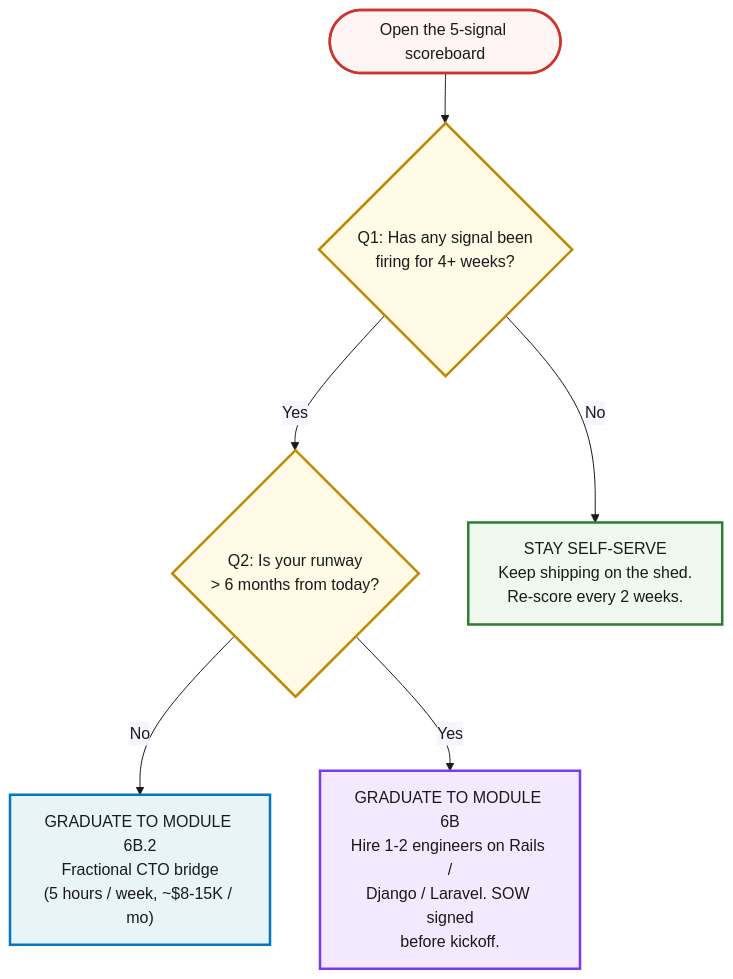
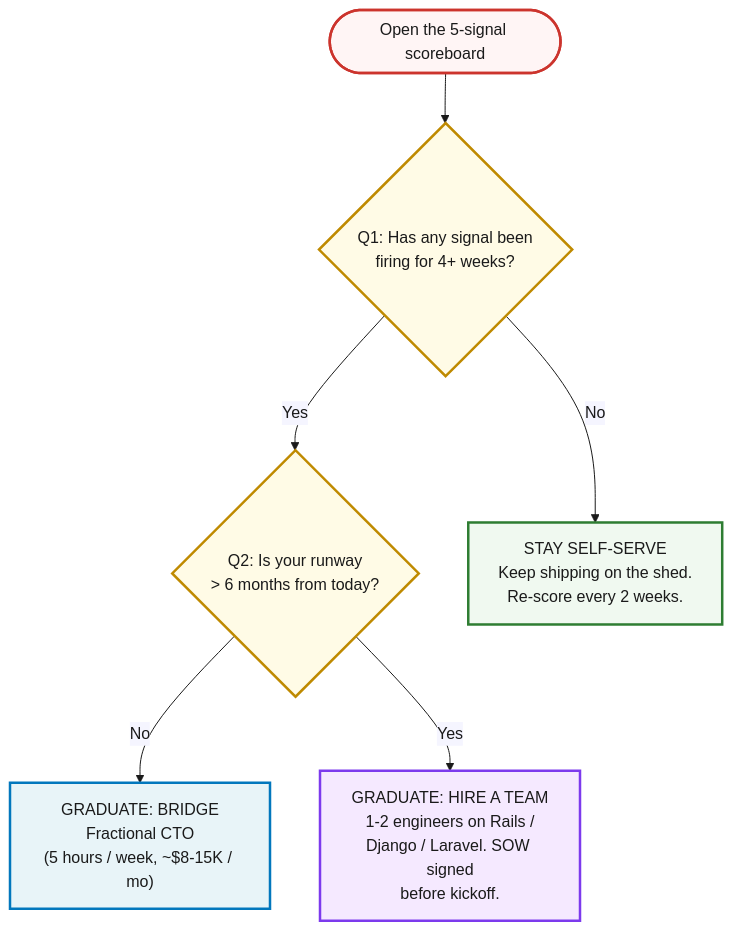
The diagram in content/blog/vibe-coding-ceiling-signals/index.md (jetthoughts/jetthoughts.github.io), drawn with Mermaid before and after one commit. The commit also changed other lines of this file and 110 other files, not shown here.

````diff
--- a/content/blog/vibe-coding-ceiling-signals/index.md
+++ b/content/blog/vibe-coding-ceiling-signals/index.md
@@ -108,27 +111,27 @@
 ```mermaid
 %%{init: {'theme':'base', 'themeVariables': {'fontFamily':'Caveat, Patrick Hand, cursive', 'primaryColor':'#fff5f5', 'primaryBorderColor':'#cc342d', 'lineColor':'#1a1a1a', 'primaryTextColor':'#1a1a1a'}}}%%
 flowchart TD
     Start(["Open the 5-signal scoreboard"])
     Q1{"Q1: Has any signal been<br/>firing for 4+ weeks?"}
     Q2{"Q2: Is your runway<br/>&gt; 6 months from today?"}
     Stay["STAY SELF-SERVE<br/>Keep shipping on the shed.<br/>Re-score every 2 weeks."]
-    Bridge["GRADUATE TO MODULE 6B.2<br/>Fractional CTO bridge<br/>(5 hours / week, ~$8-15K / mo)"]
-    Hire["GRADUATE TO MODULE 6B<br/>Hire 1-2 engineers on Rails /<br/>Django / Laravel. SOW signed<br/>before kickoff."]
+    Bridge["GRADUATE: BRIDGE<br/>Fractional CTO<br/>(5 hours / week, ~$8-15K / mo)"]
+    Hire["GRADUATE: HIRE A TEAM<br/>1-2 engineers on Rails /<br/>Django / Laravel. SOW signed<br/>before kickoff."]
 
     Start --> Q1
     Q1 -- "No" --> Stay
     Q1 -- "Yes" --> Q2
     Q2 -- "No" --> Bridge
     Q2 -- "Yes" --> Hire
 
     classDef q fill:#fffbe6,stroke:#bf8a00,stroke-width:2.5px,color:#1a1a1a
     classDef stay fill:#f0f9f0,stroke:#2e7d32,stroke-width:2.5px,color:#1a1a1a
     classDef bridge fill:#e8f4f8,stroke:#0277bd,stroke-width:2.5px,color:#1a1a1a
     classDef hire fill:#f5e9ff,stroke:#7c3aed,stroke-width:2.5px,color:#1a1a1a
     classDef start fill:#fff5f5,stroke:#cc342d,stroke-width:2.5px,color:#1a1a1a
     class Start start
     class Q1,Q2 q
     class Stay stay
     class Bridge bridge
     class Hire hire
 ```
````
